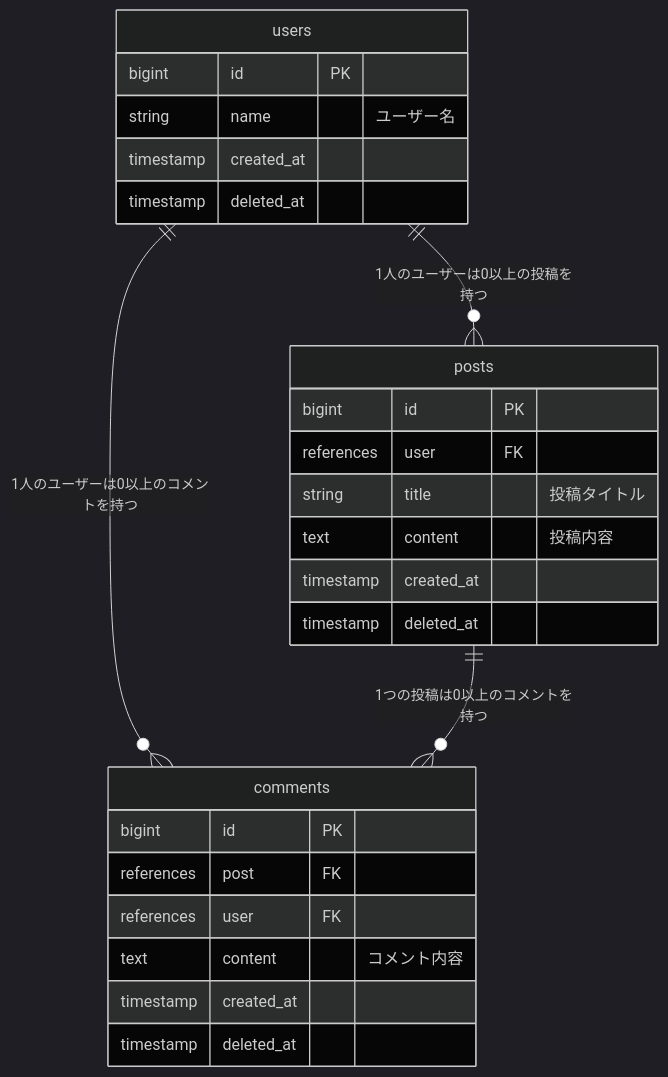
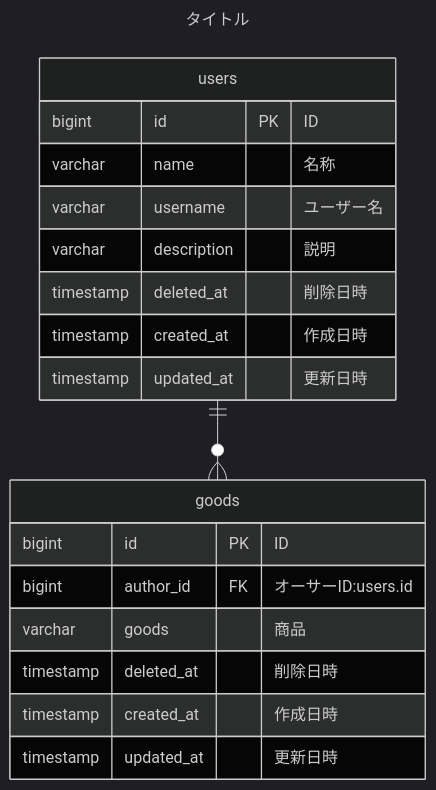
One commit to kameda11/sellfruits changed the diagram in README.md. Above: the diagram before and after it, drawn with Mermaid (dark theme).

````diff
--- a/README.md
+++ b/README.md
@@ -49,31 +49,26 @@
 ```mermaid
+---
+title: "タイトル"
+---
 erDiagram
-  users ||--o{ posts : "1人のユーザーは0以上の投稿を持つ"
-  users ||--o{ comments: "1人のユーザーは0以上のコメントを持つ"
-  posts ||--o{ comments: "1つの投稿は0以上のコメントを持つ"
+    users ||--o{ goods: ""
 
-  users {
-    bigint id PK
-    string name "ユーザー名"
-    timestamp created_at
-    timestamp deleted_at
-  }
+    users {
+        bigint id PK "ID"
+        varchar name "名称"
+        varchar username "ユーザー名"
+        varchar description "説明"
+        timestamp deleted_at "削除日時"
+        timestamp created_at "作成日時"
+        timestamp updated_at "更新日時"
+    }
 
-  posts {
-    bigint id PK
-    references user FK
-    string title "投稿タイトル"
-    text content "投稿内容"
-    timestamp created_at
-    timestamp deleted_at
-  }
-
-  comments {
-    bigint id PK
-    references post FK
-    references user FK
-    text content "コメント内容"
-    timestamp created_at
-    timestamp deleted_at
-  }
+    goods {
+        bigint id PK "ID"
+        bigint author_id FK "オーサーID:users.id"
+        varchar goods "商品"
+        timestamp deleted_at "削除日時"
+        timestamp created_at "作成日時"
+        timestamp updated_at "更新日時"
+    }
 ```
````
